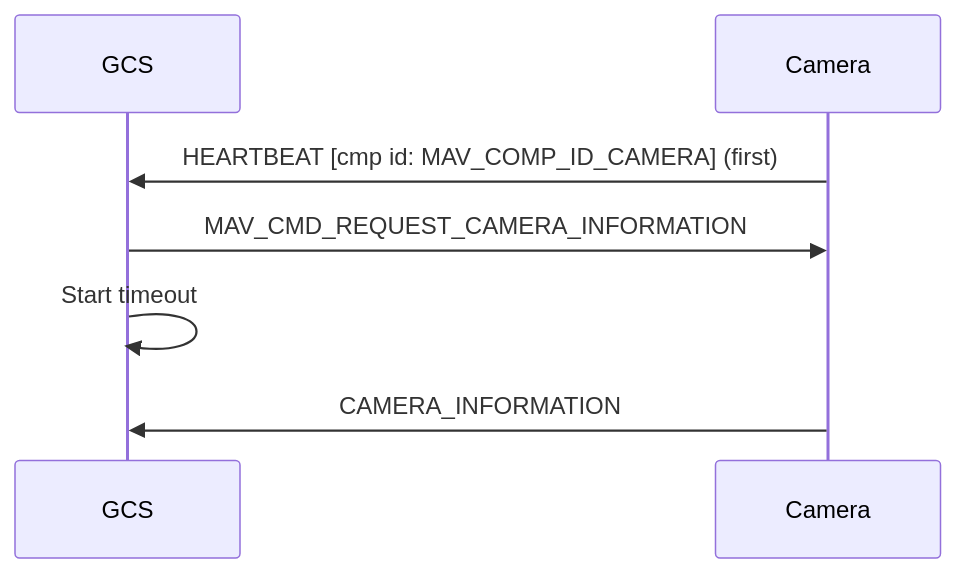
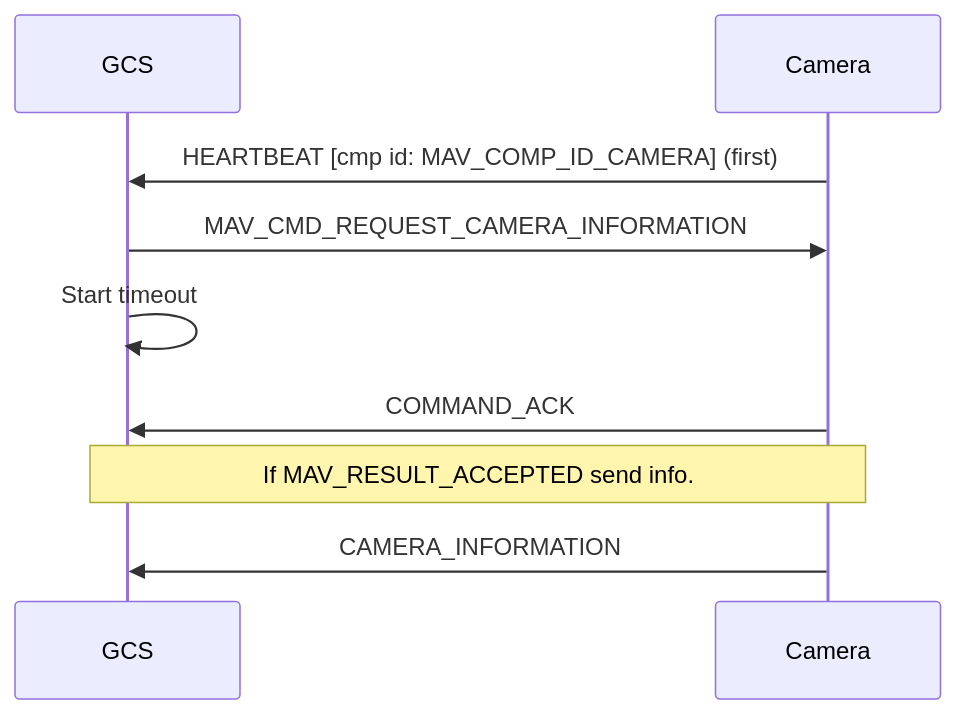
One commit to mavlink/mavlink-devguide changed the diagram in en/services/camera.md. Above: the diagram before and after it, drawn with Mermaid. The commit also changed other lines of this file, not shown here.

Commit message:
CameraService: Update camera identification section

```diff
--- a/en/services/camera.md
+++ b/en/services/camera.md
@@ -18,9 +18,11 @@
 {% mermaid %}
 sequenceDiagram;
     participant GCS
     participant Camera
     Camera->>GCS: HEARTBEAT [cmp id: MAV_COMP_ID_CAMERA] (first) 
     GCS->>Camera: MAV_CMD_REQUEST_CAMERA_INFORMATION
     GCS->>GCS: Start timeout
+    Camera->>GCS: COMMAND_ACK
+    Note over Camera,GCS: If MAV_RESULT_ACCEPTED send info.
     Camera->>GCS: CAMERA_INFORMATION
 {% endmermaid %}
```
